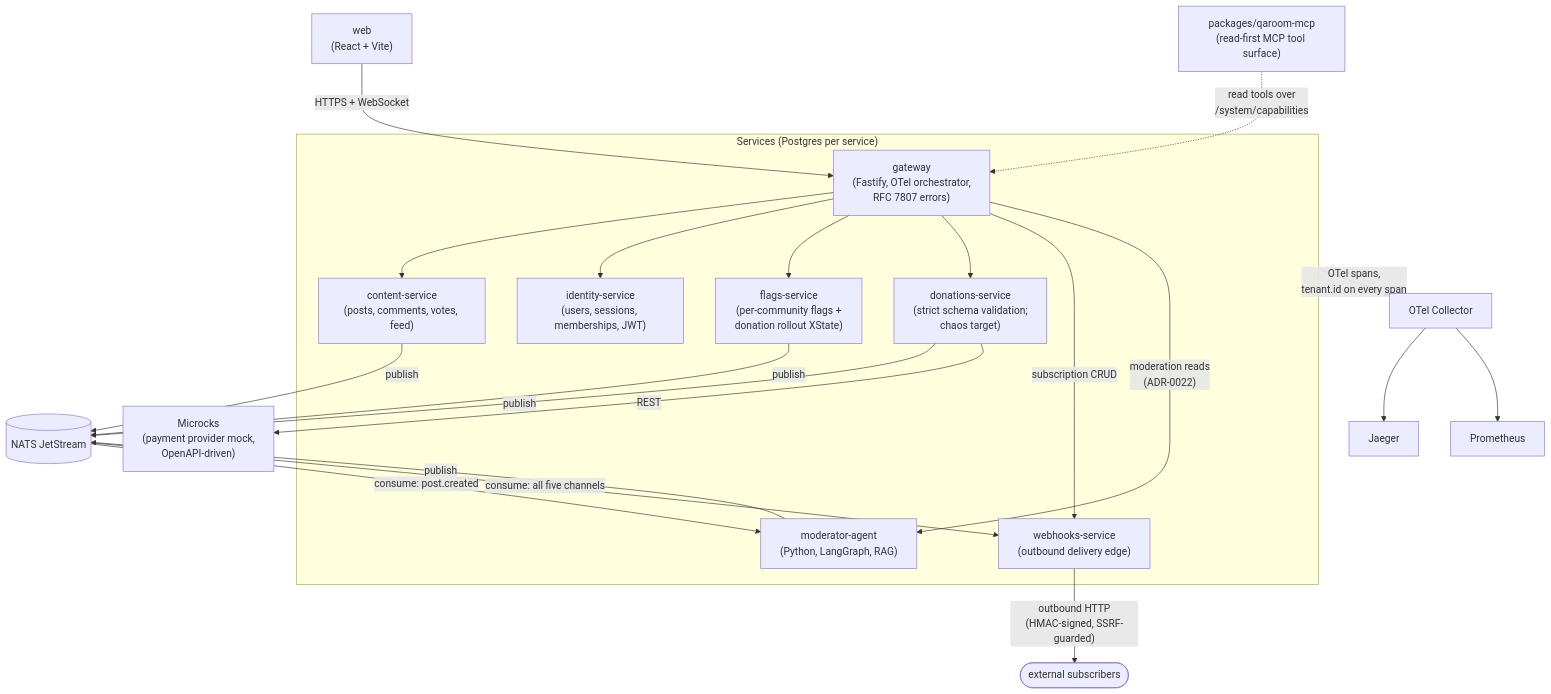
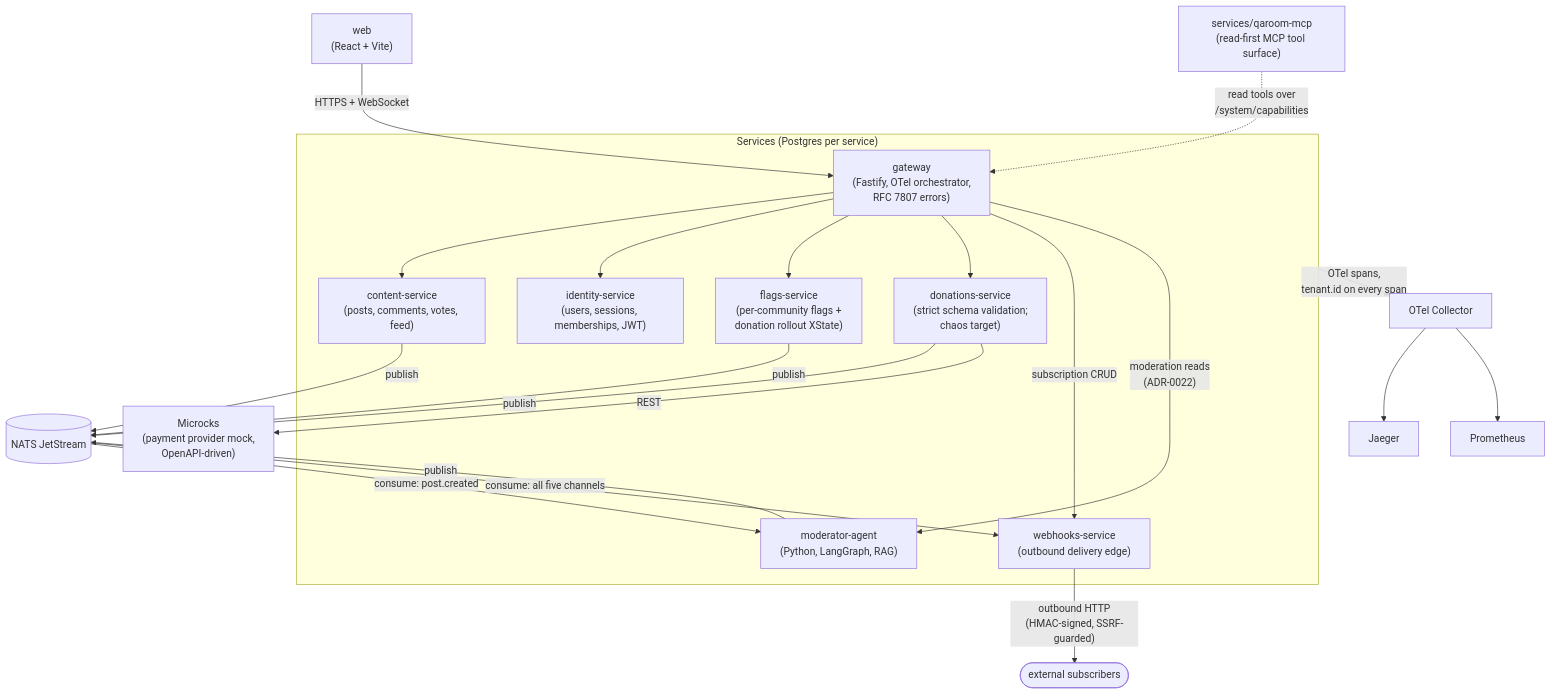
Before and after one commit to mariusargatu/QARoom: the diagram in docs/02-architecture.md, drawn with Mermaid. The commit also changed other lines of this file and 49 other files, not shown here.

First line of the commit message:
refactor: move qaroom-mcp from packages/ to services/

````diff
--- a/docs/02-architecture.md
+++ b/docs/02-architecture.md
@@ -53,45 +53,45 @@
 ```mermaid
 flowchart TB
     accTitle: QARoom container view at maturity
-    accDescr: web calls gateway over HTTPS and WebSocket. gateway routes to content-service, identity-service, flags-service, and donations-service; proxies webhook subscription CRUD to webhooks-service; and fronts moderator-agent decision reads per ADR-0022. content-service, flags-service, donations-service, and moderator-agent publish events to NATS JetStream; moderator-agent and webhooks-service consume from it. webhooks-service delivers outbound HTTP to external subscribers. donations-service calls the Microcks payment-provider mock over REST. packages/qaroom-mcp exposes a read-first MCP tool surface over the services' capabilities, through the gateway. Every service sends OpenTelemetry spans to the OTel Collector, which feeds Jaeger and Prometheus.
+    accDescr: web calls gateway over HTTPS and WebSocket. gateway routes to content-service, identity-service, flags-service, and donations-service; proxies webhook subscription CRUD to webhooks-service; and fronts moderator-agent decision reads per ADR-0022. content-service, flags-service, donations-service, and moderator-agent publish events to NATS JetStream; moderator-agent and webhooks-service consume from it. webhooks-service delivers outbound HTTP to external subscribers. donations-service calls the Microcks payment-provider mock over REST. services/qaroom-mcp exposes a read-first MCP tool surface over the services' capabilities, through the gateway. Every service sends OpenTelemetry spans to the OTel Collector, which feeds Jaeger and Prometheus.
 
     Web["web<br>(React + Vite)"]
-    MCP["packages/qaroom-mcp<br>(read-first MCP tool surface)"]
+    MCP["services/qaroom-mcp<br>(read-first MCP tool surface)"]
 
     subgraph Cluster["Services (Postgres per service)"]
         Gateway["gateway<br>(Fastify, OTel orchestrator,<br>RFC 7807 errors)"]
         Content["content-service<br>(posts, comments, votes, feed)"]
         Identity["identity-service<br>(users, sessions, memberships, JWT)"]
         Flags["flags-service<br>(per-community flags +<br>donation rollout XState)"]
         Donations["donations-service<br>(strict schema validation;<br>chaos target)"]
         Moderator["moderator-agent<br>(Python, LangGraph, RAG)"]
         Webhooks["webhooks-service<br>(outbound delivery edge)"]
     end
 
     NATS[("NATS JetStream")]
     Microcks["Microcks<br>(payment provider mock,<br>OpenAPI-driven)"]
     Subscribers(["external subscribers"])
     Collector["OTel Collector"]
     Jaeger["Jaeger"]
     Prometheus["Prometheus"]
 
     Web -->|"HTTPS + WebSocket"| Gateway
     MCP -.->|"read tools over<br>/system/capabilities"| Gateway
     Gateway --> Content
     Gateway --> Identity
     Gateway --> Flags
     Gateway --> Donations
     Gateway -->|"subscription CRUD"| Webhooks
     Gateway -->|"moderation reads<br>(ADR-0022)"| Moderator
     Content -->|"publish"| NATS
     Flags -->|"publish"| NATS
     Donations -->|"publish"| NATS
     Moderator -->|"publish"| NATS
     NATS -->|"consume: post.created"| Moderator
     NATS -->|"consume: all five channels"| Webhooks
     Webhooks -->|"outbound HTTP<br>(HMAC-signed, SSRF-guarded)"| Subscribers
     Donations -->|"REST"| Microcks
     Cluster -->|"OTel spans,<br>tenant.id on every span"| Collector
     Collector --> Jaeger
     Collector --> Prometheus
 ```
````
